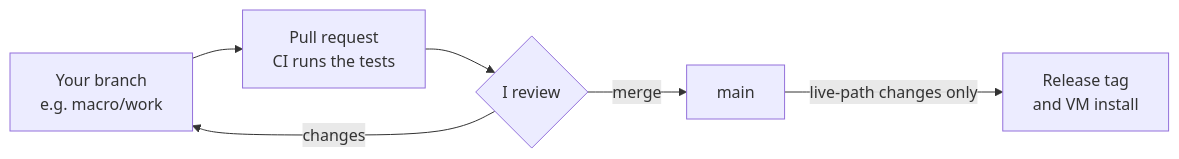
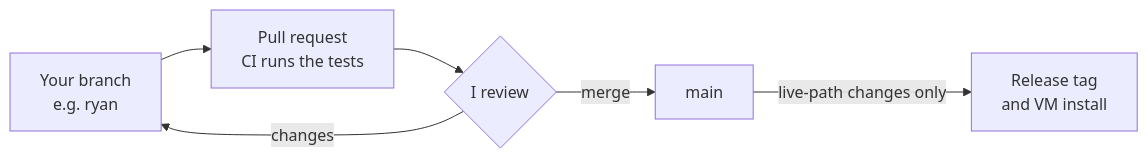
One commit to quanttqueensu/CreditTrading changed the diagram in README.md. Above: the diagram before and after it, drawn with Mermaid. The commit also changed other lines of this file and 13 other files, not shown here.

````diff
--- a/README.md
+++ b/README.md
@@ -133,8 +147,8 @@
 ```mermaid
 flowchart LR
-    A["Your branch<br/>e.g. macro/work"] --> B["Pull request<br/>CI runs the tests"]
+    A["Your branch<br/>e.g. ryan"] --> B["Pull request<br/>CI runs the tests"]
     B --> C{"I review"}
     C -- "changes" --> A
     C -- "merge" --> D["main"]
     D -- "live-path changes only" --> E["Release tag<br/>and VM install"]
 ```
````
